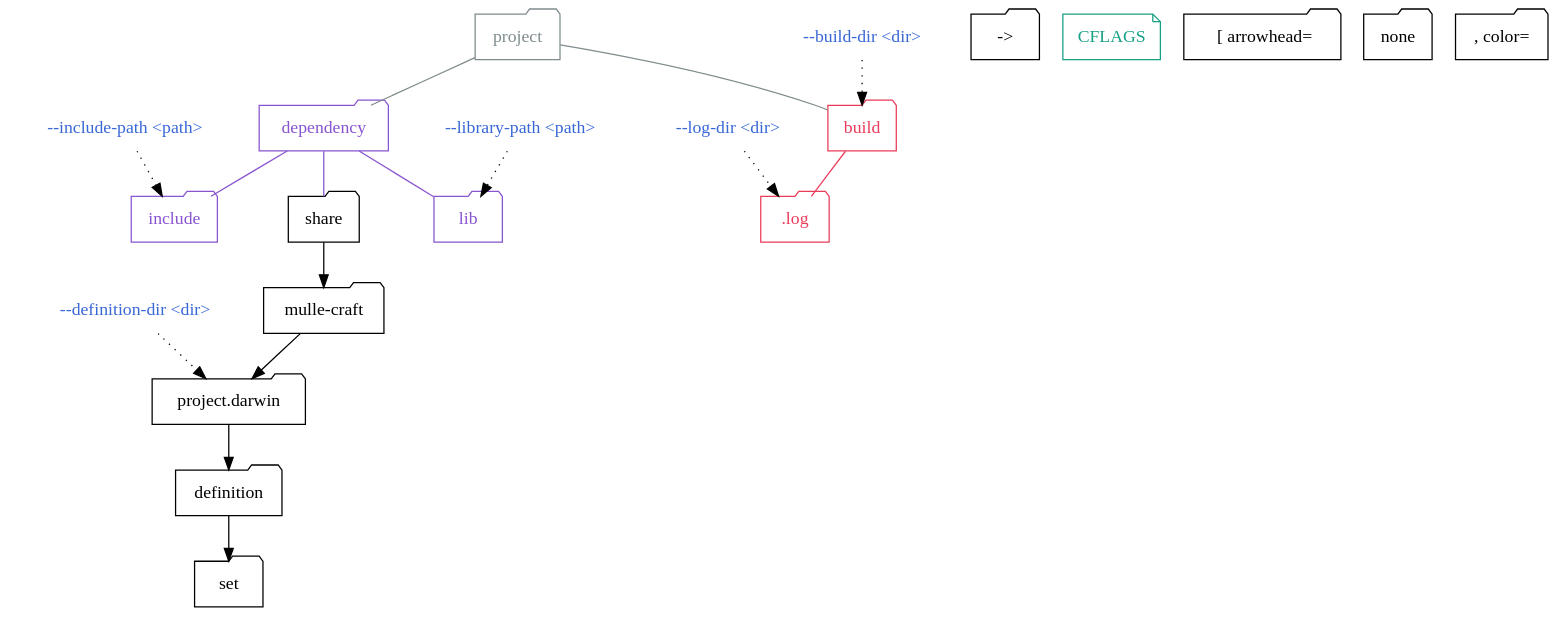
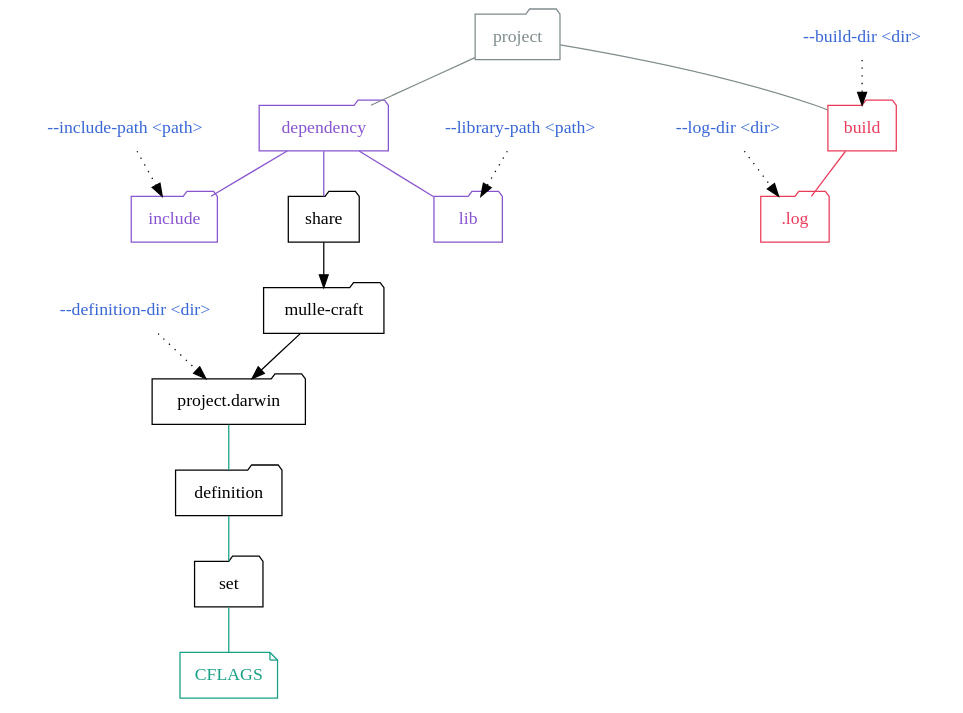
One commit to mulle-sde/mulle-make changed the diagram in dox/overview.dot. Above: the diagram before and after it, drawn with Graphviz. The commit also changed 3 other files, not shown here.

```diff
--- a/dox/overview.dot
+++ b/dox/overview.dot
@@ -1,40 +1,40 @@
 digraph G {
     graph [rankdir = TD];
 
     node[ shape=folder];
 
     "--definition-dir <dir>"                  [ shape="none", fontcolor="#3867d6" ]
     "--definition-dir <dir>" -> "project.darwin"  [ style="dotted"]
 
     "--build-dir <dir>"                  [ shape="none", fontcolor="#3867d6" ]
     "--build-dir <dir>" -> "build"       [ style="dotted"]
 
     "--log-dir <dir>"                    [ shape="none", fontcolor="#3867d6" ]
     "--log-dir <dir>" -> ".log"          [ style="dotted"]
 
     "--include-path <path>"              [ shape="none", fontcolor="#3867d6" ]
     "--include-path <path>" -> "include" [ style="dotted"]
 
     "--library-path <path>"              [ shape="none", fontcolor="#3867d6" ]
     "--library-path <path>" -> "lib"     [ style="dotted"]
 
     ".log"                           [ color="#eb3b5a", fontcolor="#eb3b5a" ]
     "build"                          [ color="#16a085", fontcolor="#16a085" ]
     "build"                          [ color="#eb3b5a", fontcolor="#eb3b5a" ]
     "dependency"                     [ color="#8854d0", fontcolor="#8854d0" ]
     "include"                        [ color="#8854d0", fontcolor="#8854d0" ]
     "lib"                            [ color="#8854d0", fontcolor="#8854d0" ]
     "project"                            [ color="#7f8c8d", fontcolor="#7f8c8d" ]
 
     "project"        -> "build"         [ arrowhead="none", color="#7f8c8d" ]
     "project"        -> "dependency"    [ arrowhead="none", color="#7f8c8d" ]
     "dependency" -> "lib"           [ arrowhead="none", color="#8854d0" ]
     "dependency" -> "include"       [ arrowhead="none", color="#8854d0" ]
     "dependency" -> "share"         [ arrowhead="none", color="#8854d0" ]
     "build"      -> ".log"               [ arrowhead="none", color="#eb3b5a" ]
 
     "share" -> "mulle-craft" -> "project.darwin"
-    "project.darwin" -> "definition" -> set" -> "CFLAGS"  [ arrowhead="none", color="#16a085" ]
+    "project.darwin" -> "definition" -> "set" -> "CFLAGS"  [ arrowhead="none", color="#16a085" ]
 
     "CFLAGS"            [ shape="note", color="#16a085", fontcolor="#16a085" ]
 }
```
